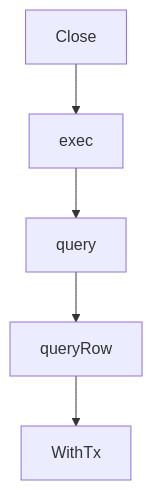
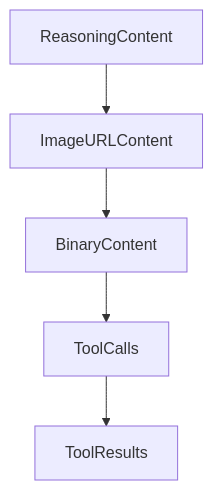
One commit to johnxie/awesome-code-docs changed the diagram in tutorials/opencode-ai-legacy-tutorial/06-session-tooling-and-integration-practices.md. Above: the diagram before and after it, drawn with Mermaid. The commit also changed other lines of this file and 1232 other files, not shown here.

````diff
--- a/tutorials/opencode-ai-legacy-tutorial/06-session-tooling-and-integration-practices.md
+++ b/tutorials/opencode-ai-legacy-tutorial/06-session-tooling-and-integration-practices.md
@@ -211,12 +209,12 @@
 ```mermaid
 flowchart TD
-    A[Close]
-    B[exec]
-    C[query]
-    D[queryRow]
-    E[WithTx]
+    A[ReasoningContent]
+    B[ImageURLContent]
+    C[BinaryContent]
+    D[ToolCalls]
+    E[ToolResults]
     A --> B
     B --> C
     C --> D
     D --> E
 ```
````
